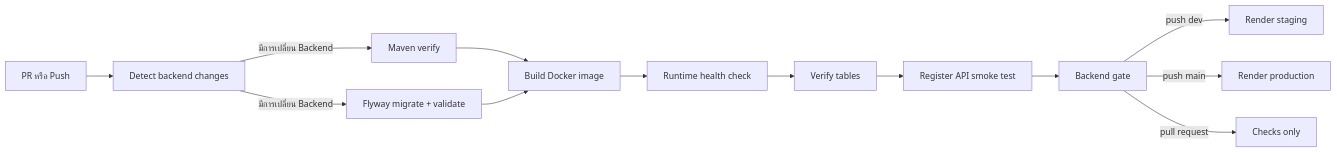
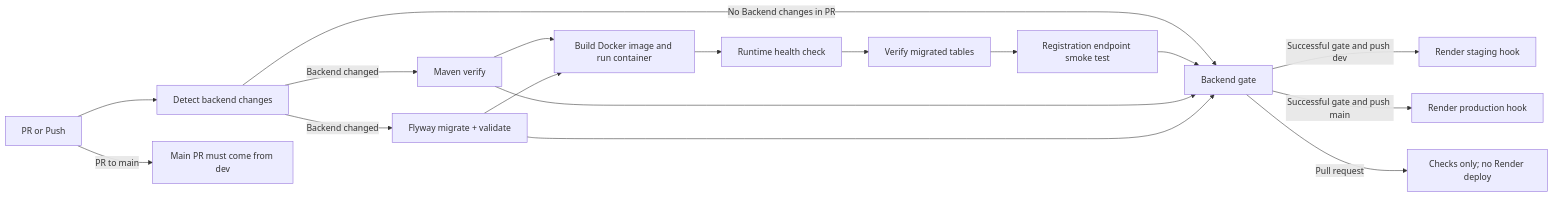
Before and after one commit to lillianxhub/freelance-hub: the first of 2 diagrams in doc/ci-cd.md, drawn with Mermaid. The commit also changed other lines of this file and 18 other files, not shown here.

Commit message:
docs: sync project documentation, consolidate sequence diagrams and update deployment links

````diff
--- a/doc/ci-cd.md
+++ b/doc/ci-cd.md
@@ -26,15 +26,19 @@
 ```mermaid
 flowchart LR
-    A[PR หรือ Push] --> B[Detect backend changes]
-    B -->|มีการเปลี่ยน Backend| C[Maven verify]
-    B -->|มีการเปลี่ยน Backend| D[Flyway migrate + validate]
-    C --> E[Build Docker image]
+    A[PR or Push] --> B[Detect backend changes]
+    B -->|Backend changed| C[Maven verify]
+    B -->|Backend changed| D[Flyway migrate + validate]
+    B -->|No Backend changes in PR| I[Backend gate]
+    C --> E[Build Docker image and run container]
     D --> E
     E --> F[Runtime health check]
-    F --> G[Verify tables]
-    G --> H[Register API smoke test]
-    H --> I[Backend gate]
-    I -->|push dev| J[Render staging]
-    I -->|push main| K[Render production]
-    I -->|pull request| L[Checks only]
+    F --> G[Verify migrated tables]
+    G --> H[Registration endpoint smoke test]
+    H --> I
+    C --> I
+    D --> I
+    I -->|Successful gate and push dev| J[Render staging hook]
+    I -->|Successful gate and push main| K[Render production hook]
+    A -->|PR to main| M[Main PR must come from dev]
+    I -->|Pull request| L[Checks only; no Render deploy]
 ```
````
